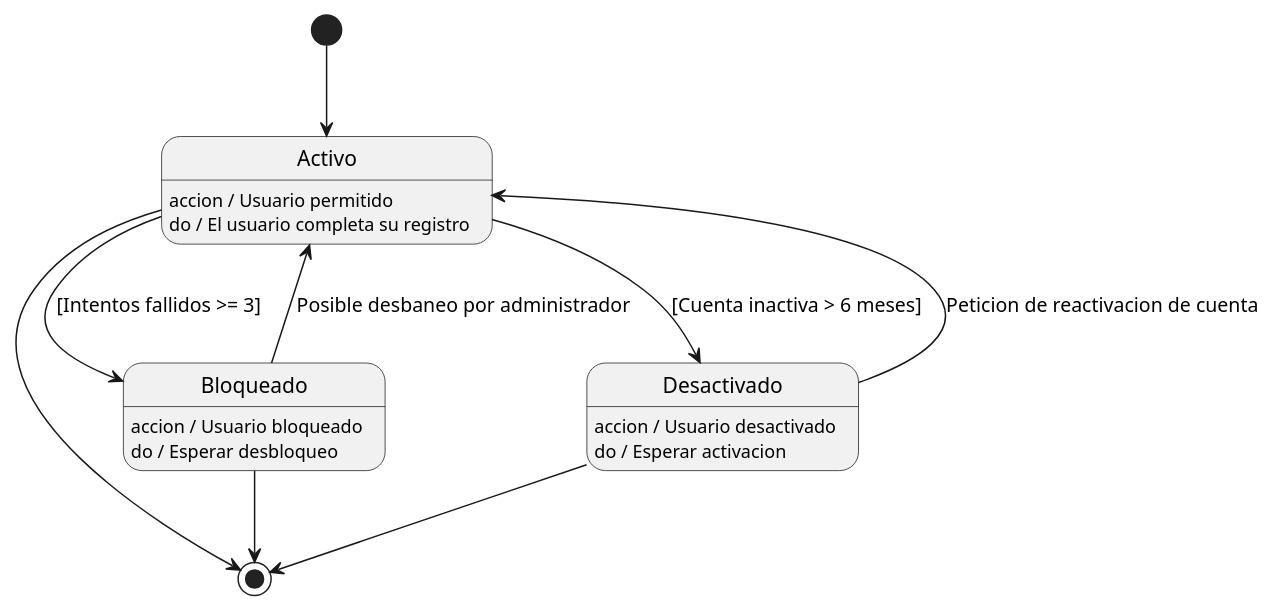
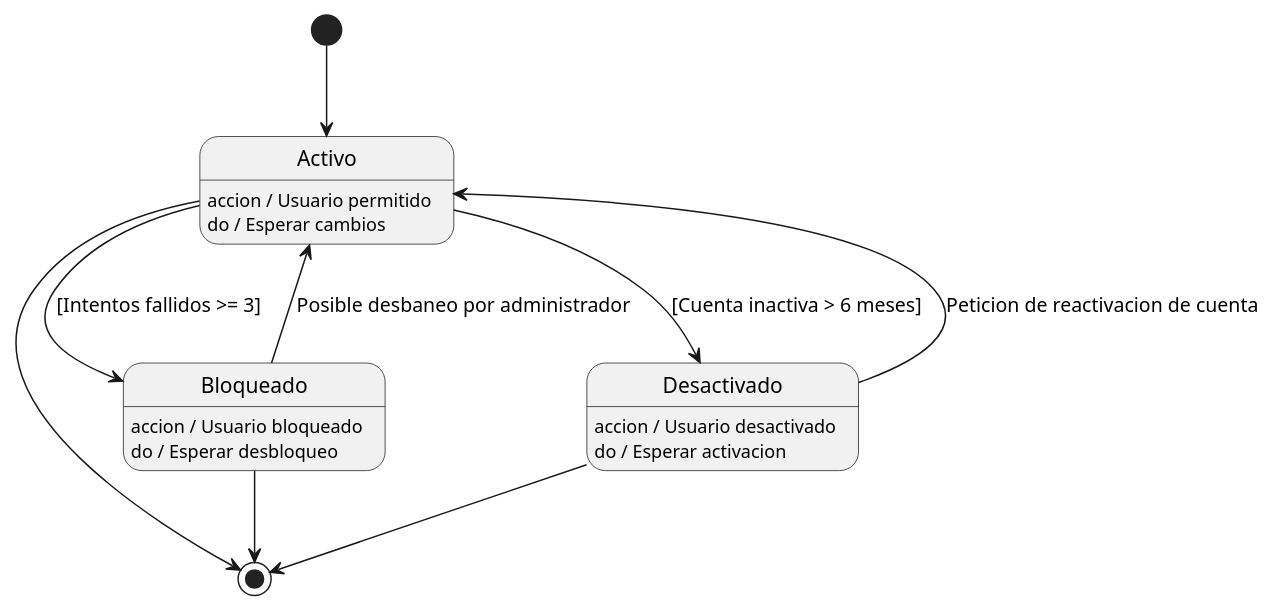
One commit to IES-Rafael-Alberti/2526-ra1-ra4-ra5-ra6-edes-recujunio-ftellol changed the diagram in README.md. Above: the diagram before and after it, drawn with PlantUML. The commit also changed other lines of this file, not shown here.

````diff
--- a/README.md
+++ b/README.md
@@ -176,24 +176,24 @@
 ```plantuml
 @startuml
 
 [*] --> Activo
 
 Activo --> [*]
 Activo : accion / Usuario permitido
-Activo : do / El usuario completa su registro
+Activo : do / Esperar cambios
 
 Bloqueado --> [*]
 Bloqueado : accion / Usuario bloqueado
 Bloqueado : do / Esperar desbloqueo
 
 Desactivado --> [*]
 Desactivado : accion / Usuario desactivado
 Desactivado : do / Esperar activacion
 
 Activo --> Bloqueado: [Intentos fallidos >= 3]
 Activo --> Desactivado: [Cuenta inactiva > 6 meses]
 Desactivado --> Activo : Peticion de reactivacion de cuenta
 Bloqueado --> Activo : Posible desbaneo por administrador
 
 @enduml
 ```
````
